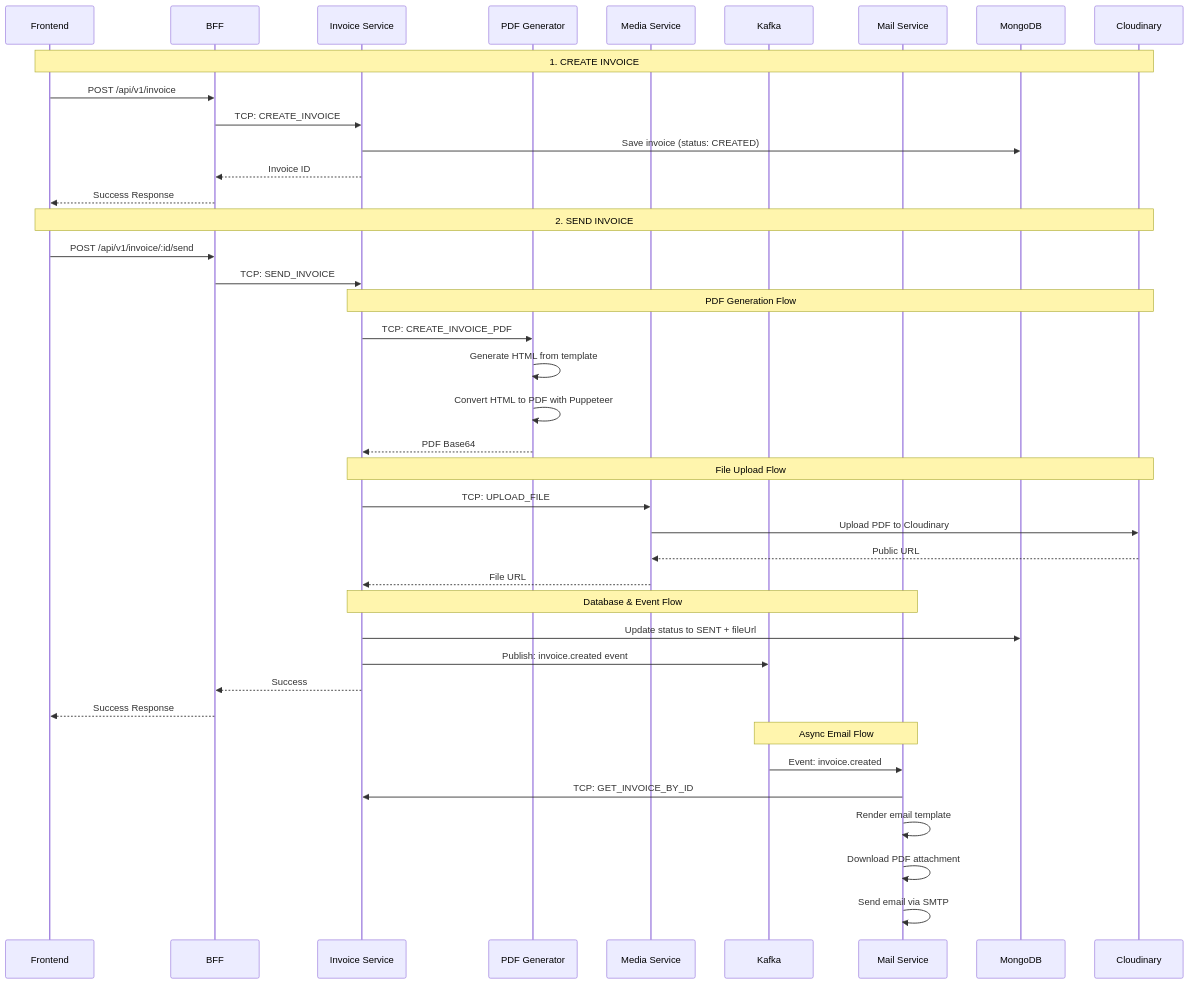
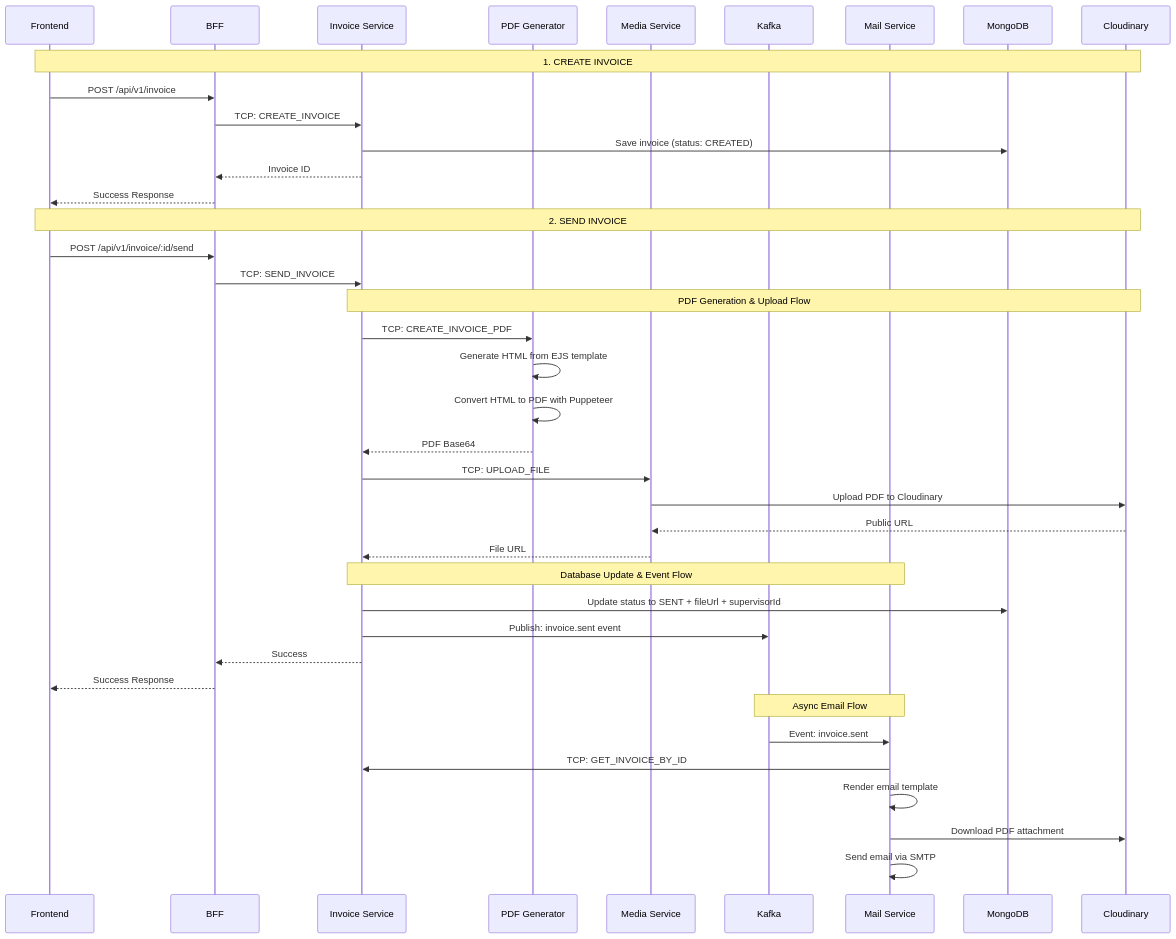
One commit to thanhmati/einvoice-backend changed the third of 4 diagrams in TEACHING_GUIDE.md. Above: the diagram before and after it, drawn with Mermaid. The commit also changed other lines of this file and 2 other files, not shown here.

````diff
--- a/TEACHING_GUIDE.md
+++ b/TEACHING_GUIDE.md
@@ -801,48 +773,47 @@
 ```mermaid
 sequenceDiagram
     participant F as Frontend
     participant B as BFF
     participant I as Invoice Service
     participant P as PDF Generator
     participant M as Media Service
     participant K as Kafka
     participant Mail as Mail Service
     participant DB as MongoDB
     participant C as Cloudinary
 
     Note over F,C: 1. CREATE INVOICE
     F->>B: POST /api/v1/invoice
     B->>I: TCP: CREATE_INVOICE
     I->>DB: Save invoice (status: CREATED)
     I-->>B: Invoice ID
     B-->>F: Success Response
 
     Note over F,C: 2. SEND INVOICE
     F->>B: POST /api/v1/invoice/:id/send
     B->>I: TCP: SEND_INVOICE
     
-    Note over I,C: PDF Generation Flow
+    Note over I,C: PDF Generation & Upload Flow
     I->>P: TCP: CREATE_INVOICE_PDF
-    P->>P: Generate HTML from template
+    P->>P: Generate HTML from EJS template
     P->>P: Convert HTML to PDF with Puppeteer
     P-->>I: PDF Base64
     
-    Note over I,C: File Upload Flow
     I->>M: TCP: UPLOAD_FILE
     M->>C: Upload PDF to Cloudinary
     C-->>M: Public URL
     M-->>I: File URL
     
-    Note over I,Mail: Database & Event Flow
-    I->>DB: Update status to SENT + fileUrl
-    I->>K: Publish: invoice.created event
+    Note over I,Mail: Database Update & Event Flow
+    I->>DB: Update status to SENT + fileUrl + supervisorId
+    I->>K: Publish: invoice.sent event
     I-->>B: Success
     B-->>F: Success Response
     
     Note over K,Mail: Async Email Flow
-    K->>Mail: Event: invoice.created
+    K->>Mail: Event: invoice.sent
     Mail->>I: TCP: GET_INVOICE_BY_ID
     Mail->>Mail: Render email template
-    Mail->>Mail: Download PDF attachment
+    Mail->>C: Download PDF attachment
     Mail->>Mail: Send email via SMTP
 ```
````
